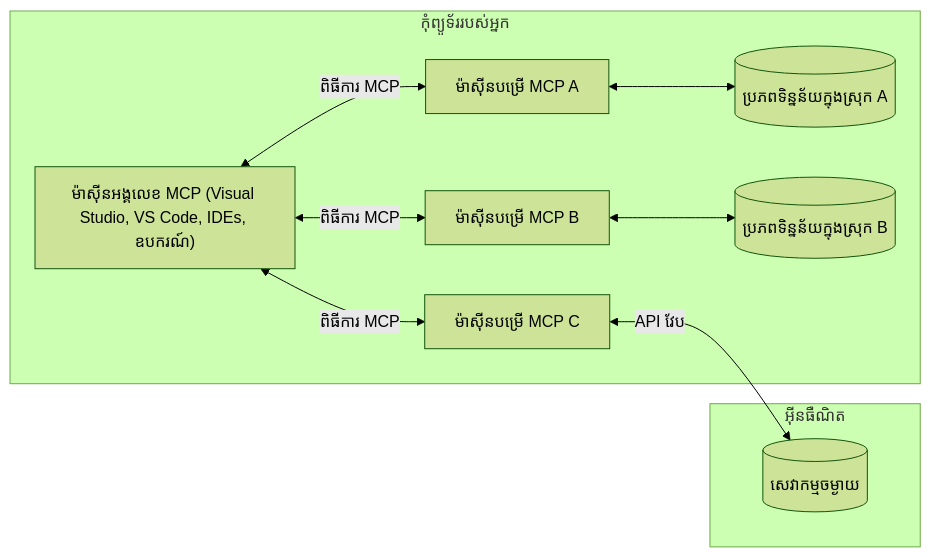
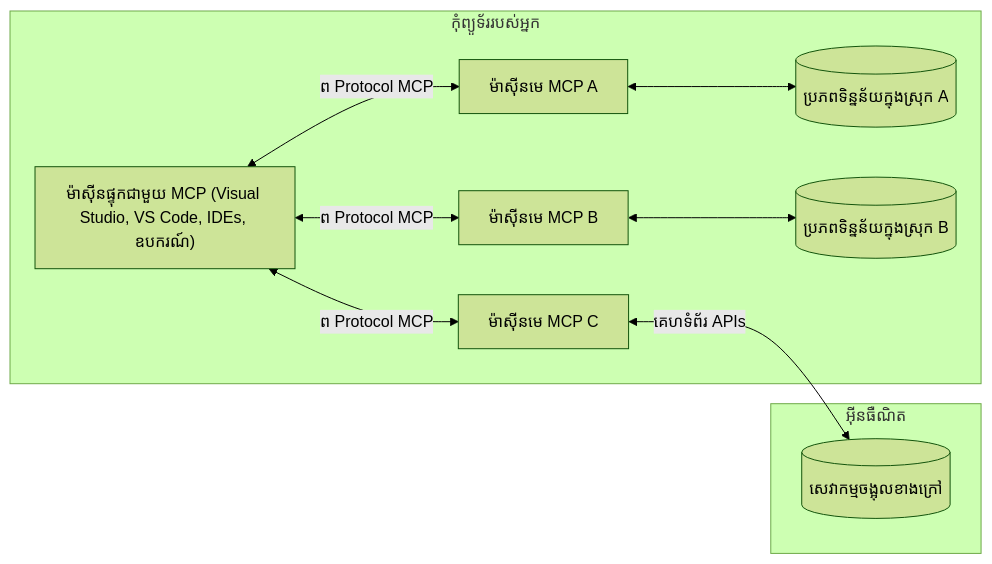
The diagram in mcp_ecosystem__model_context_protocol/mcp_learning_resources/mcp-for-beginners/translations/km/01-CoreConcepts/README.md (HIDORAKAI002/ai-workspace-archive), drawn with Mermaid (forest theme) before and after one commit. The commit also changed other lines of this file and 1046 other files, not shown here.

````diff
--- a/mcp_ecosystem__model_context_protocol/mcp_learning_resources/mcp-for-beginners/translations/km/01-CoreConcepts/README.md
+++ b/mcp_ecosystem__model_context_protocol/mcp_learning_resources/mcp-for-beginners/translations/km/01-CoreConcepts/README.md
@@ -45,17 +45,17 @@
 ```mermaid
 flowchart LR
     subgraph "កុំព្យូទ័ររបស់អ្នក"
-        Host["ម៉ាស៊ីនអង្គលេខ MCP (Visual Studio, VS Code, IDEs, ឧបករណ៍)"]
-        S1["ម៉ាស៊ីនបម្រើ MCP A"]
-        S2["ម៉ាស៊ីនបម្រើ MCP B"]
-        S3["ម៉ាស៊ីនបម្រើ MCP C"]
-        Host <-->|"ពិធីការ MCP"| S1
-        Host <-->|"ពិធីការ MCP"| S2
-        Host <-->|"ពិធីការ MCP"| S3
-        S1 <--> D1[("ប្រភពទិន្នន័យ​ក្នុងស្រុក A")]
-        S2 <--> D2[("ប្រភពទិន្នន័យ​ក្នុងស្រុក B")]
+        Host["ម៉ាស៊ីនផ្ទុកជាមួយ MCP (Visual Studio, VS Code, IDEs, ឧបករណ៍)"]
+        S1["ម៉ាស៊ីនមេ MCP A"]
+        S2["ម៉ាស៊ីនមេ MCP B"]
+        S3["ម៉ាស៊ីនមេ MCP C"]
+        Host <-->|"ព Protocol MCP"| S1
+        Host <-->|"ព Protocol MCP"| S2
+        Host <-->|"ព Protocol MCP"| S3
+        S1 <--> D1[("ប្រភពទិន្នន័យក្នុងស្រុក A")]
+        S2 <--> D2[("ប្រភពទិន្នន័យក្នុងស្រុក B")]
     end
     subgraph "អ៊ីនធឺណិត"
-        S3 <-->|"API វែប"| D3[("សេវាកម្ម​ចម្ងាយ")]
+        S3 <-->|"គេហទំព័រ APIs"| D3[("សេវាកម្មចង្អុលខាងក្រៅ")]
     end
 ```
````
